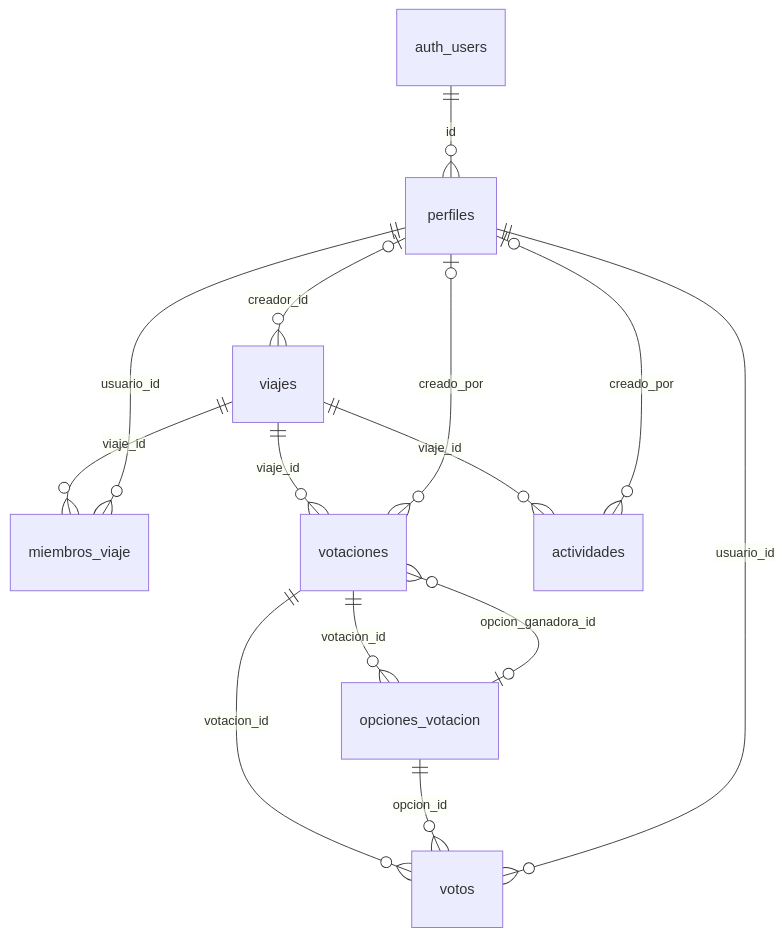
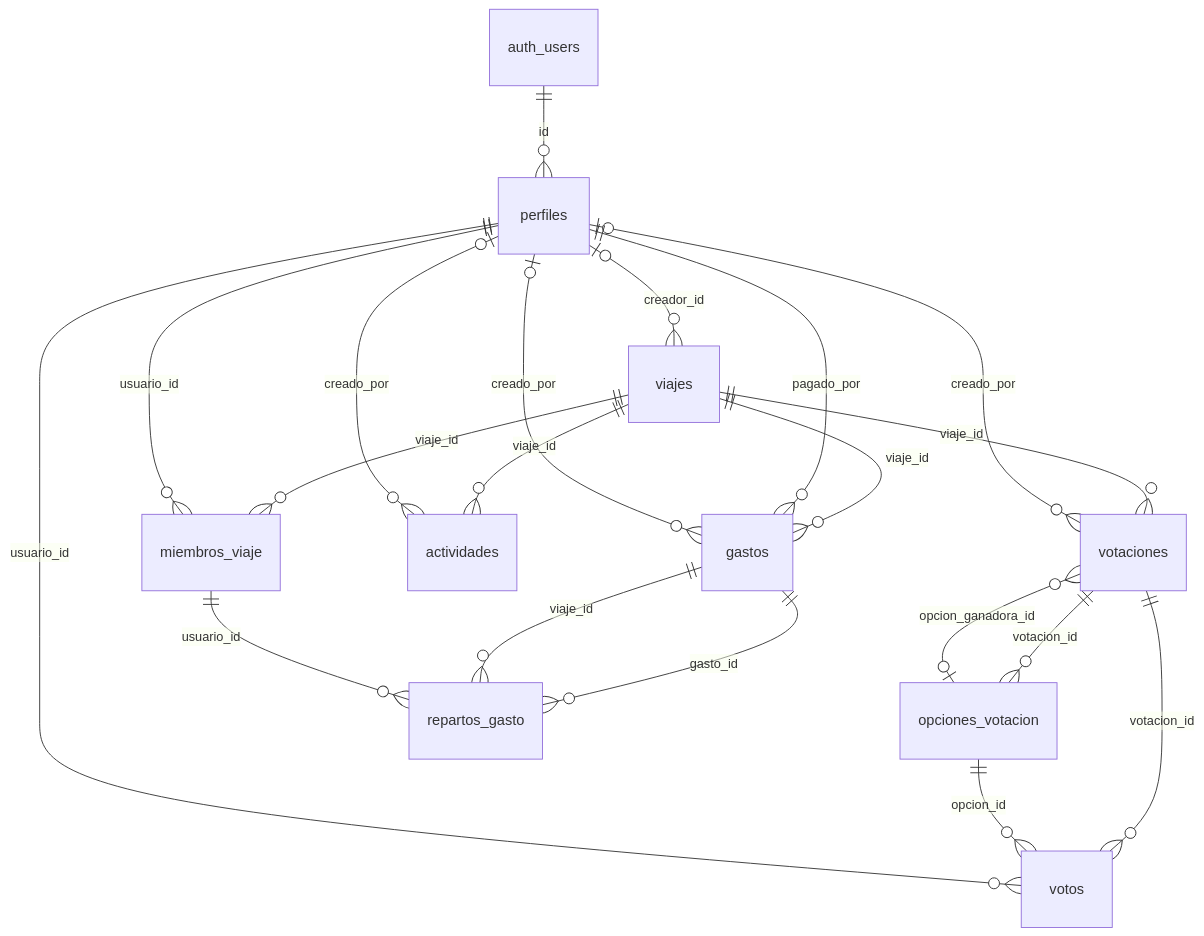
One commit to UNIZAR-30248-2026-TRAVELWRAP/Backend changed the diagram in docs/BASE_DE_DATOS.md. Above: the diagram before and after it, drawn with Mermaid. The commit also changed other lines of this file and 1 other file, not shown here.

Commit message:
PB-23.1.2: tablas gastos y repartos_gasto

````diff
--- a/docs/BASE_DE_DATOS.md
+++ b/docs/BASE_DE_DATOS.md
@@ -21,16 +23,22 @@
 ```mermaid
 erDiagram
     auth_users ||--o{ perfiles : "id"
     perfiles |o--o{ viajes : "creador_id"
     viajes ||--o{ miembros_viaje : "viaje_id"
     perfiles ||--o{ miembros_viaje : "usuario_id"
     viajes ||--o{ votaciones : "viaje_id"
     opciones_votacion |o--o{ votaciones : "opcion_ganadora_id"
     perfiles |o--o{ votaciones : "creado_por"
     votaciones ||--o{ opciones_votacion : "votacion_id"
     votaciones ||--o{ votos : "votacion_id"
     opciones_votacion ||--o{ votos : "opcion_id"
     perfiles ||--o{ votos : "usuario_id"
     viajes ||--o{ actividades : "viaje_id"
     perfiles |o--o{ actividades : "creado_por"
+    viajes ||--o{ gastos : "viaje_id"
+    perfiles ||--o{ gastos : "pagado_por"
+    perfiles |o--o{ gastos : "creado_por"
+    gastos ||--o{ repartos_gasto : "gasto_id"
+    gastos ||--o{ repartos_gasto : "viaje_id"
+    miembros_viaje ||--o{ repartos_gasto : "usuario_id"
 ```
````
